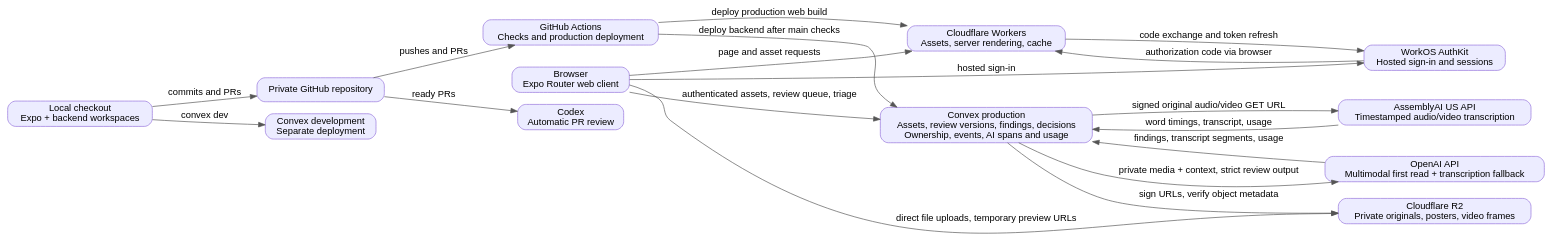
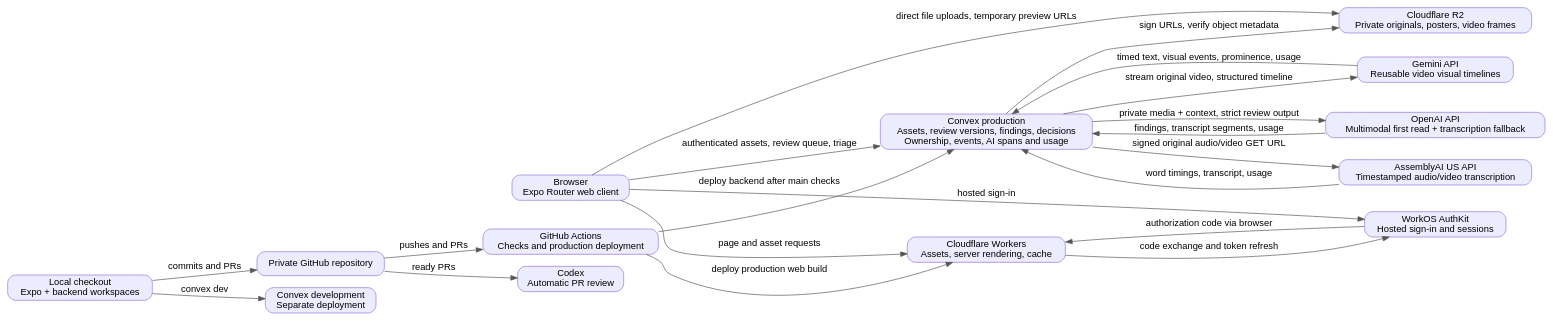
Before and after one commit to pbanuru/clearpath_compliance_marketing: the diagram in docs/architecture.dot, drawn with Graphviz. The commit also changed 27 other files, not shown here.

Commit message:
Extract reusable video layers and inspect frames through reviewer tools

```diff
--- a/docs/architecture.dot
+++ b/docs/architecture.dot
@@ -1,34 +1,37 @@
 digraph clearpath {
   rankdir=LR; compound=true; bgcolor="white"; fontname="Helvetica";
   node [shape=box, style="rounded,filled", fillcolor="#ECECFF", color="#9370DB", fontname="Helvetica"];
   edge [fontname="Helvetica", color="#555555"];
   browser [label="Browser\nExpo Router web client"];
   cloudflare [label="Cloudflare Workers\nAssets, server rendering, cache"];
   convex [label="Convex production\nAssets, review versions, findings, decisions\nOwnership, events, AI spans and usage"];
   r2 [label="Cloudflare R2\nPrivate originals, posters, video frames"];
   openai [label="OpenAI API\nMultimodal first read + transcription fallback"];
   assemblyai [label="AssemblyAI US API\nTimestamped audio/video transcription"];
+  gemini [label="Gemini API\nReusable video visual timelines"];
   dev [label="Convex development\nSeparate deployment"];
   local [label="Local checkout\nExpo + backend workspaces"];
   github [label="Private GitHub repository"];
   ci [label="GitHub Actions\nChecks and production deployment"];
   codex [label="Codex\nAutomatic PR review"];
   workos [label="WorkOS AuthKit\nHosted sign-in and sessions"];
   browser -> cloudflare [label="page and asset requests"];
   browser -> convex [label="authenticated assets, review queue, triage"];
   browser -> r2 [label="direct file uploads, temporary preview URLs"];
   convex -> r2 [label="sign URLs, verify object metadata"];
   convex -> openai [label="private media + context, strict review output"];
   convex -> assemblyai [label="signed original audio/video GET URL"];
+  convex -> gemini [label="stream original video, structured timeline"];
+  gemini -> convex [label="timed text, visual events, prominence, usage"];
   assemblyai -> convex [label="word timings, transcript, usage"];
   openai -> convex [label="findings, transcript segments, usage"];
   browser -> workos [label="hosted sign-in"];
   workos -> cloudflare [label="authorization code via browser"];
   cloudflare -> workos [label="code exchange and token refresh"];
   local -> dev [label="convex dev"];
   ci -> convex [label="deploy backend after main checks"];
   ci -> cloudflare [label="deploy production web build"];
   local -> github [label="commits and PRs"];
   github -> ci [label="pushes and PRs"];
   github -> codex [label="ready PRs"];
 }
```
